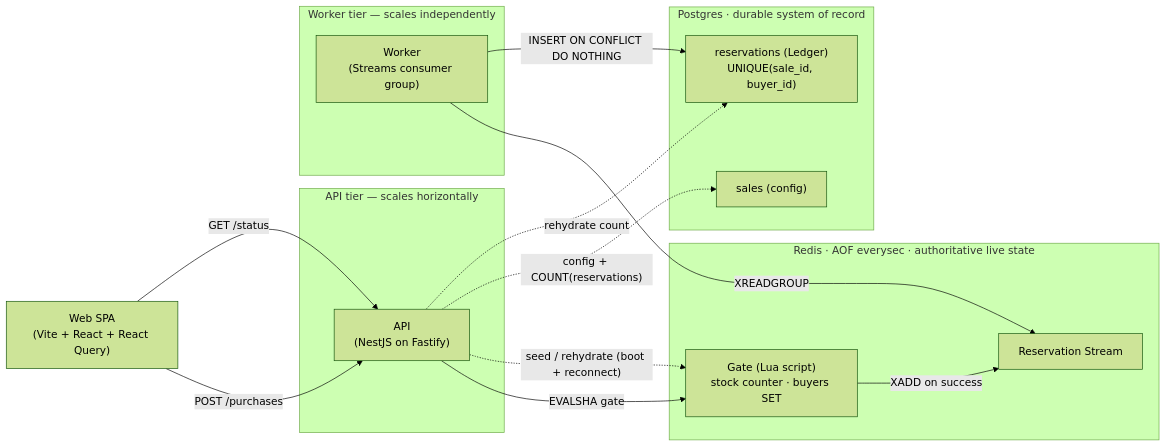
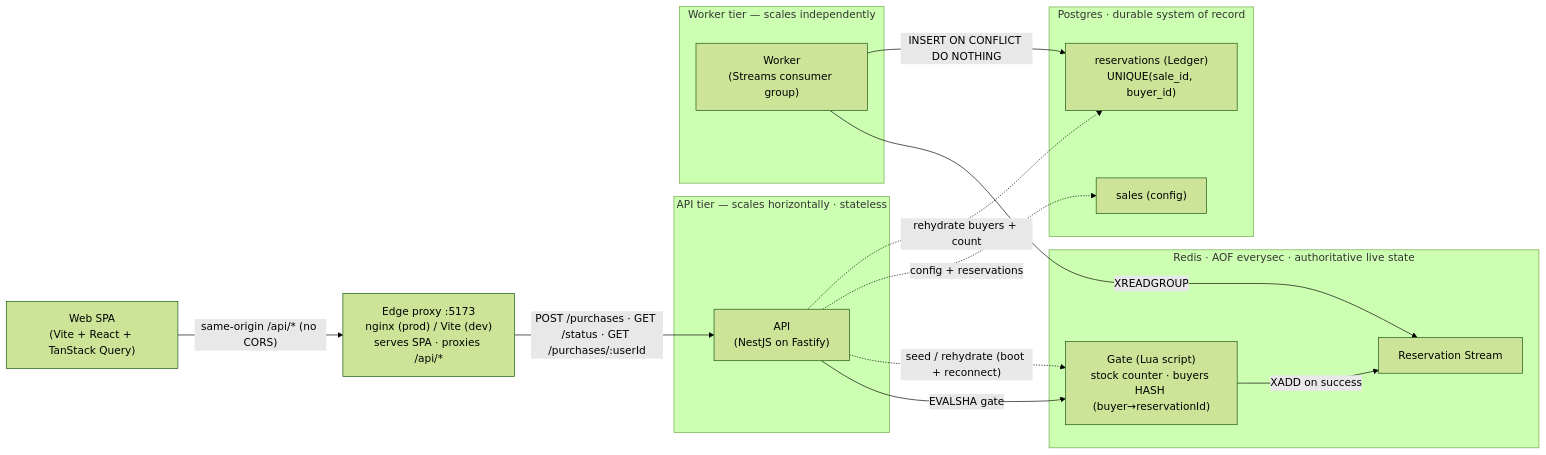
One commit to jayaregalinada/rush-sale-monorepo changed the first of 4 diagrams in README.md. Above: the diagram before and after it, drawn with Mermaid (forest theme). The commit also changed other lines of this file and 1 other file, not shown here.

First line of the commit message:
docs: refresh architecture diagram to match current design

````diff
--- a/README.md
+++ b/README.md
@@ -15,29 +15,30 @@
 ```mermaid
 flowchart LR
-    Web["Web SPA<br/>(Vite + React + React Query)"]
+    Web["Web SPA<br/>(Vite + React + TanStack Query)"]
+    Proxy["Edge proxy :5173<br/>nginx (prod) / Vite (dev)<br/>serves SPA · proxies /api/*"]
 
-    subgraph api_tier[API tier — scales horizontally]
+    subgraph api_tier[API tier — scales horizontally · stateless]
         API["API<br/>(NestJS on Fastify)"]
     end
     subgraph worker_tier[Worker tier — scales independently]
         Worker["Worker<br/>(Streams consumer group)"]
     end
     subgraph redis[Redis · AOF everysec · authoritative live state]
-        Gate["Gate (Lua script)<br/>stock counter · buyers SET"]
+        Gate["Gate (Lua script)<br/>stock counter · buyers HASH (buyer→reservationId)"]
         Stream["Reservation Stream"]
     end
     subgraph pg[Postgres · durable system of record]
         Sales["sales (config)"]
         Ledger["reservations (Ledger)<br/>UNIQUE(sale_id, buyer_id)"]
     end
 
-    Web -->|"POST /purchases"| API
-    Web -->|"GET /status"| API
+    Web -->|"same-origin /api/* (no CORS)"| Proxy
+    Proxy -->|"POST /purchases · GET /status · GET /purchases/:userId"| API
     API -->|"EVALSHA gate"| Gate
     Gate -->|"XADD on success"| Stream
     Worker -->|"XREADGROUP"| Stream
     Worker -->|"INSERT ON CONFLICT DO NOTHING"| Ledger
     API -.->|"seed / rehydrate (boot + reconnect)"| Gate
-    API -.->|"config + COUNT(reservations)"| Sales
-    API -.->|"rehydrate count"| Ledger
+    API -.->|"config + reservations"| Sales
+    API -.->|"rehydrate buyers + count"| Ledger
 ```
````
